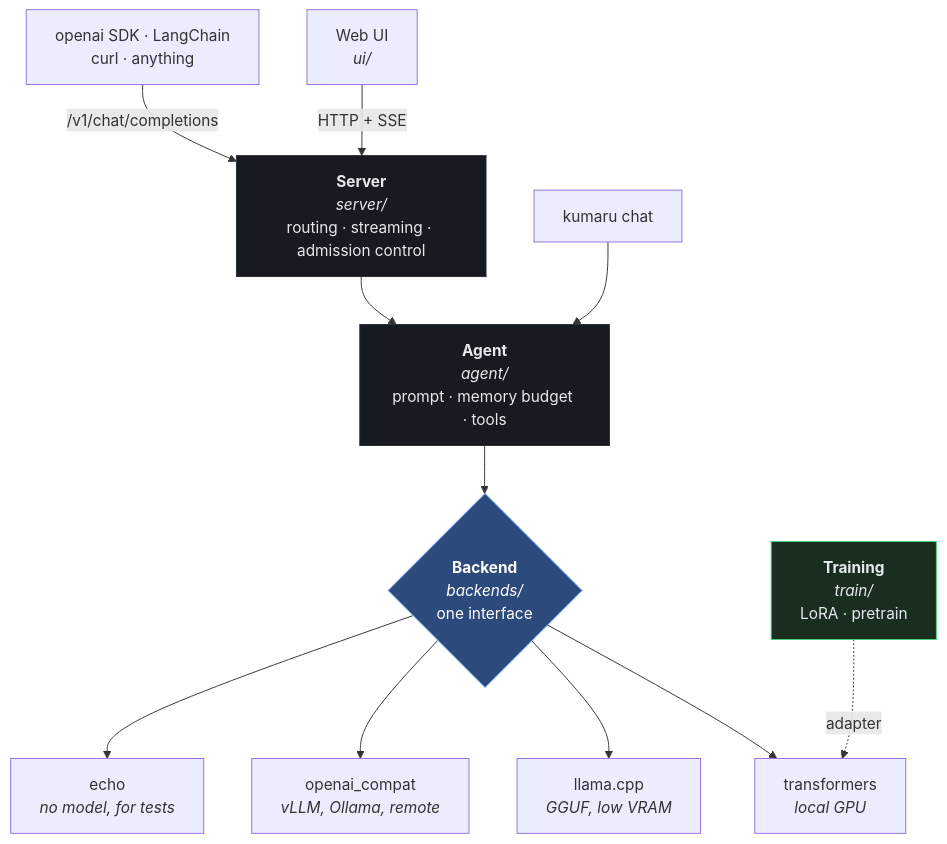
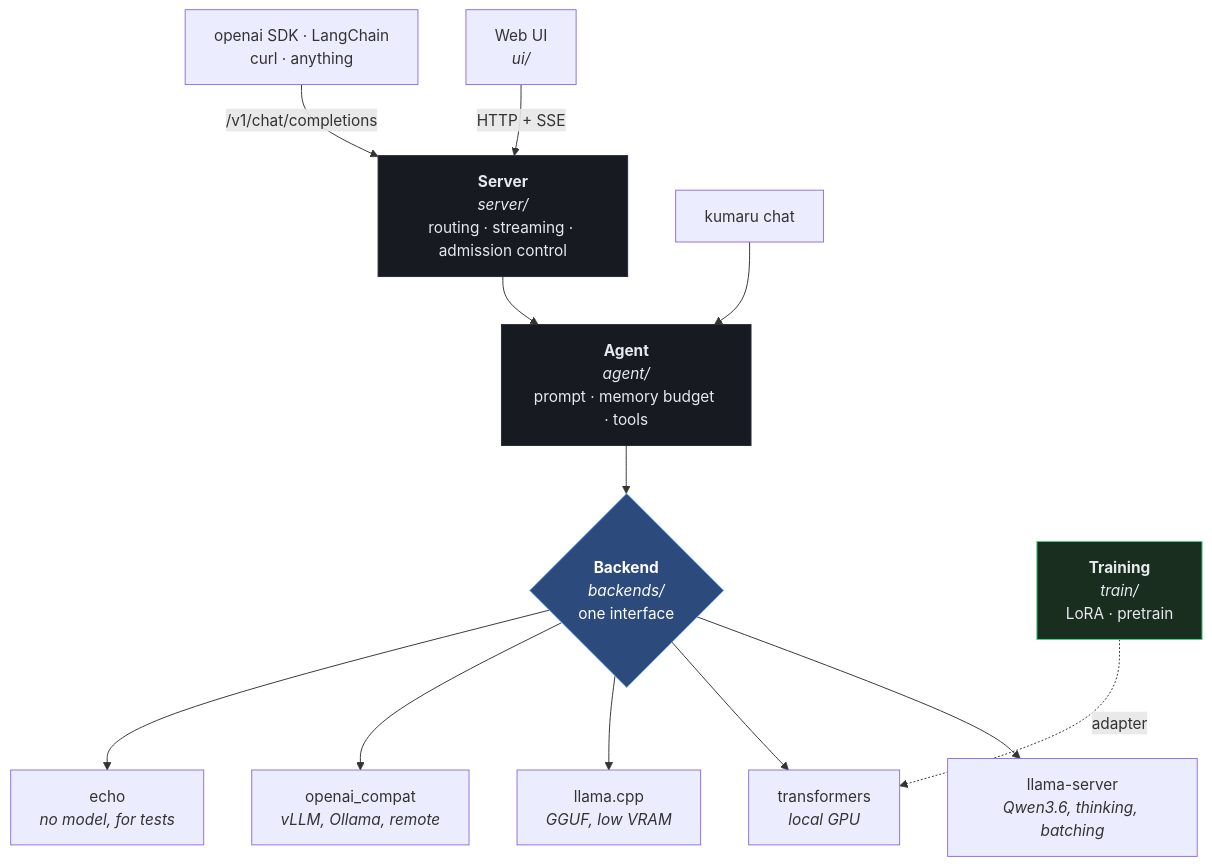
The diagram in README.md (monicarivera-work/kumaru_agent), drawn with Mermaid before and after one commit. The commit also changed other lines of this file and 130 other files, not shown here.

First line of the commit message:
Kumaru v0.2: llama-server backend, thinking mode, benchmarks, hardening, docs

````diff
--- a/README.md
+++ b/README.md
@@ -88,22 +97,23 @@
 ```mermaid
 flowchart TD
     UI["Web UI<br/><i>ui/</i>"] -->|HTTP + SSE| SRV
     SDK["openai SDK · LangChain<br/>curl · anything"] -->|/v1/chat/completions| SRV
     CLI["kumaru chat"] --> AG
 
     SRV["<b>Server</b><br/><i>server/</i><br/>routing · streaming · admission control"] --> AG
     AG["<b>Agent</b><br/><i>agent/</i><br/>prompt · memory budget · tools"] --> BE
 
     BE{"<b>Backend</b><br/><i>backends/</i><br/>one interface"}
+    BE --> S["llama-server<br/><i>Qwen3.6, thinking, batching</i>"]
     BE --> T["transformers<br/><i>local GPU</i>"]
     BE --> L["llama.cpp<br/><i>GGUF, low VRAM</i>"]
     BE --> V["openai_compat<br/><i>vLLM, Ollama, remote</i>"]
     BE --> E["echo<br/><i>no model, for tests</i>"]
 
     TR["<b>Training</b><br/><i>train/</i><br/>LoRA · pretrain"] -.->|adapter| T
 
     style BE fill:#2d4a7c,stroke:#6ea8fe,color:#fff
     style SRV fill:#171b21,stroke:#262c35,color:#e6e9ee
     style AG fill:#171b21,stroke:#262c35,color:#e6e9ee
     style TR fill:#1a2e1f,stroke:#46d17f,color:#e6e9ee
 ```
````
